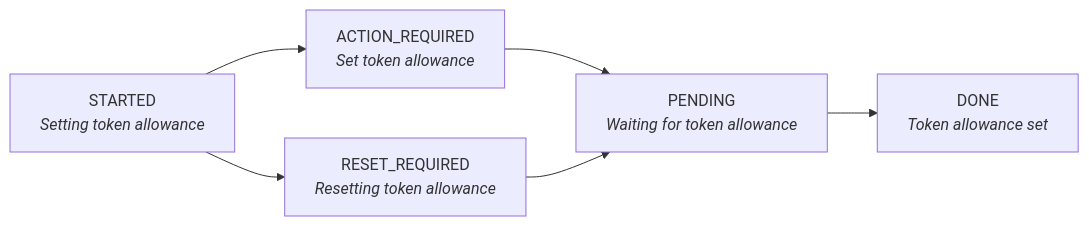
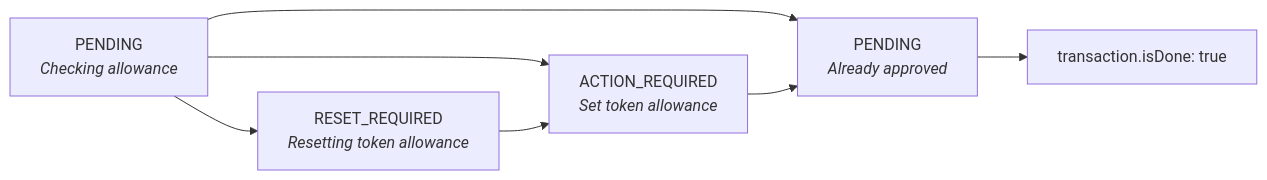
The second of 6 diagrams in packages/sdk/EXECUTION_FLOW.md (lifinance/sdk), drawn with Mermaid before and after one commit. The commit also changed other lines of this file and 24 other files, not shown here.

````diff
--- a/packages/sdk/EXECUTION_FLOW.md
+++ b/packages/sdk/EXECUTION_FLOW.md
@@ -53,8 +53,9 @@
 ```mermaid
 flowchart LR
-    S[STARTED<br/><i>Setting token allowance</i>] --> AR[ACTION_REQUIRED<br/><i>Set token allowance</i>]
-    S --> RR[RESET_REQUIRED<br/><i>Resetting token allowance</i>]
-    AR --> P[PENDING<br/><i>Waiting for token allowance</i>]
-    RR --> P
-    P --> D[DONE<br/><i>Token allowance set</i>]
+    P1[PENDING<br/><i>Checking allowance</i>] --> AR[ACTION_REQUIRED<br/><i>Set token allowance</i>]
+    P1 --> RR[RESET_REQUIRED<br/><i>Resetting token allowance</i>]
+    P1 --> P2[PENDING<br/><i>Already approved</i>]
+    AR --> P2
+    RR --> AR
+    P2 --> Done[transaction.isDone: true]
 ```
````
